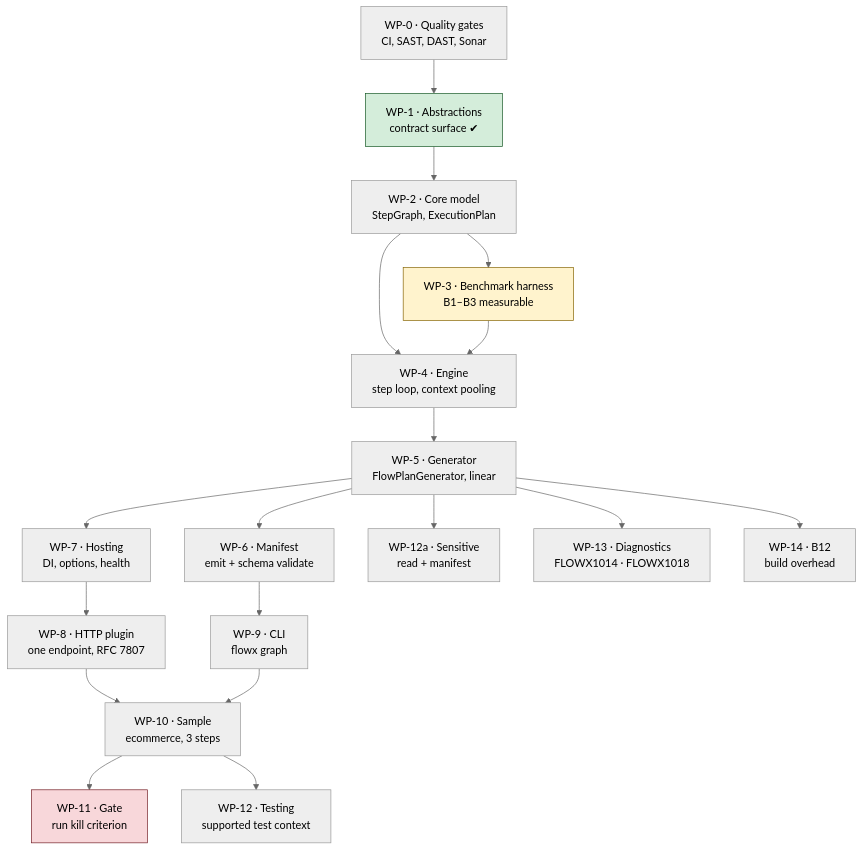
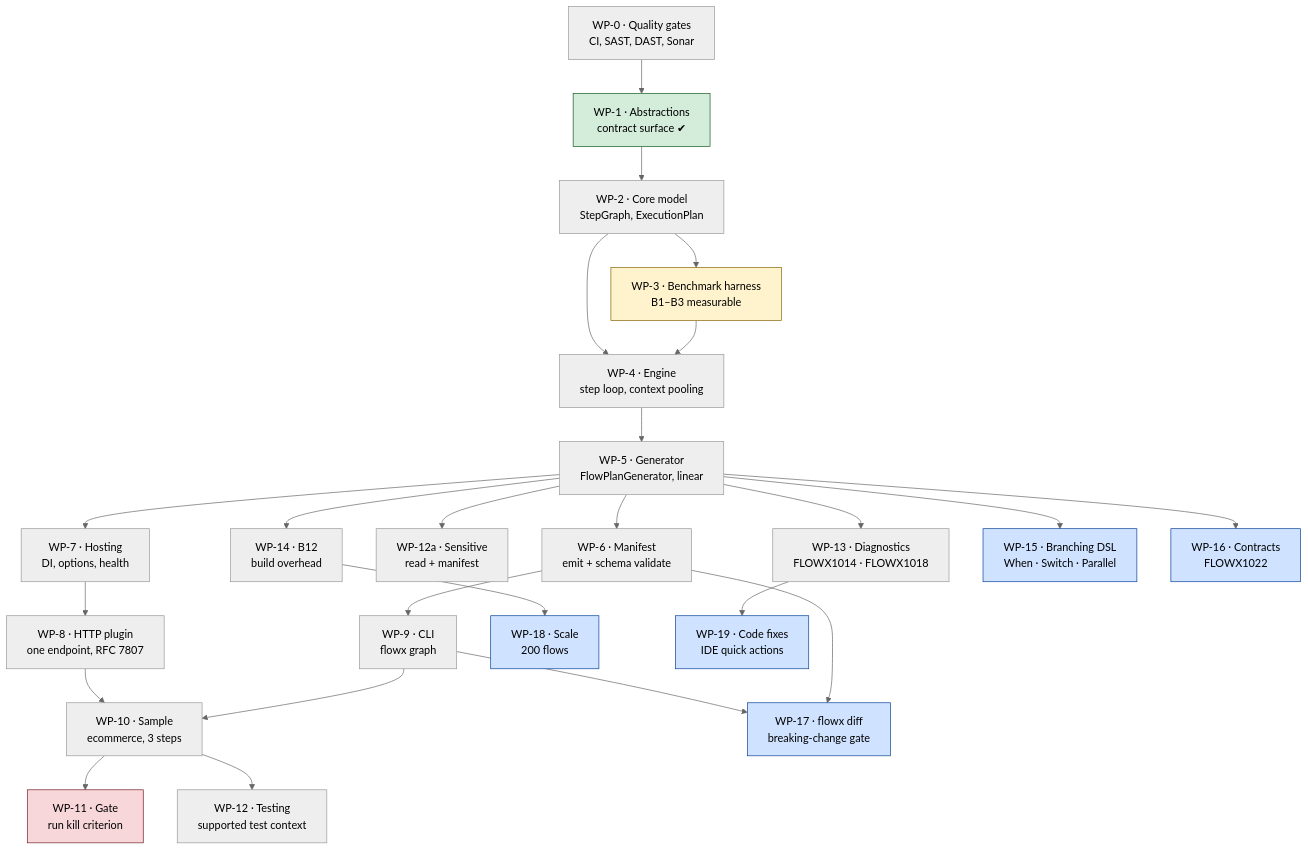
The diagram in PLAN.md (KhaiTrang1995/NexusFlow), drawn with Mermaid (neutral theme) before and after one commit. The commit also changed other lines of this file and 1 other file, not shown here.

First line of the commit message:
docs(plan): restructure the master plan around the roadmap; open P1

````diff
--- a/PLAN.md
+++ b/PLAN.md
@@ -35,35 +39,53 @@
 ```mermaid
 flowchart TD
     WP0["WP-0 · Quality gates<br/>CI, SAST, DAST, Sonar"]
     WP1["WP-1 · Abstractions<br/>contract surface ✔"]
     WP2["WP-2 · Core model<br/>StepGraph, ExecutionPlan"]
     WP3["WP-3 · Benchmark harness<br/>B1–B3 measurable"]
     WP4["WP-4 · Engine<br/>step loop, context pooling"]
     WP5["WP-5 · Generator<br/>FlowPlanGenerator, linear"]
     WP6["WP-6 · Manifest<br/>emit + schema validate"]
     WP7["WP-7 · Hosting<br/>DI, options, health"]
     WP8["WP-8 · HTTP plugin<br/>one endpoint, RFC 7807"]
     WP9["WP-9 · CLI<br/>flowx graph"]
     WP10["WP-10 · Sample<br/>ecommerce, 3 steps"]
     WP11["WP-11 · Gate<br/>run kill criterion"]
     WP12["WP-12 · Testing<br/>supported test context"]
     WP12a["WP-12a · Sensitive<br/>read + manifest"]
     WP13["WP-13 · Diagnostics<br/>FLOWX1014 · FLOWX1018"]
     WP14["WP-14 · B12<br/>build overhead"]
 
+    WP15["WP-15 · Branching DSL<br/>When · Switch · Parallel"]
+    WP16["WP-16 · Contracts<br/>FLOWX1022"]
+    WP17["WP-17 · flowx diff<br/>breaking-change gate"]
+    WP18["WP-18 · Scale<br/>200 flows"]
+    WP19["WP-19 · Code fixes<br/>IDE quick actions"]
+
     WP0 --> WP1 --> WP2 --> WP3
     WP2 --> WP4
     WP3 --> WP4
     WP4 --> WP5 --> WP6
     WP5 --> WP7 --> WP8 --> WP10
     WP6 --> WP9 --> WP10
     WP10 --> WP11
     WP10 --> WP12
     WP5 --> WP12a
     WP5 --> WP13
     WP5 --> WP14
 
+    WP5 --> WP15
+    WP5 --> WP16
+    WP9 --> WP17
+    WP6 --> WP17
+    WP14 --> WP18
+    WP13 --> WP19
+
     style WP3 fill:#fff3cd,stroke:#856404
     style WP11 fill:#f8d7da,stroke:#721c24
     style WP1 fill:#d4edda,stroke:#155724
+    style WP15 fill:#cfe2ff,stroke:#084298
+    style WP16 fill:#cfe2ff,stroke:#084298
+    style WP17 fill:#cfe2ff,stroke:#084298
+    style WP18 fill:#cfe2ff,stroke:#084298
+    style WP19 fill:#cfe2ff,stroke:#084298
 ```
````
